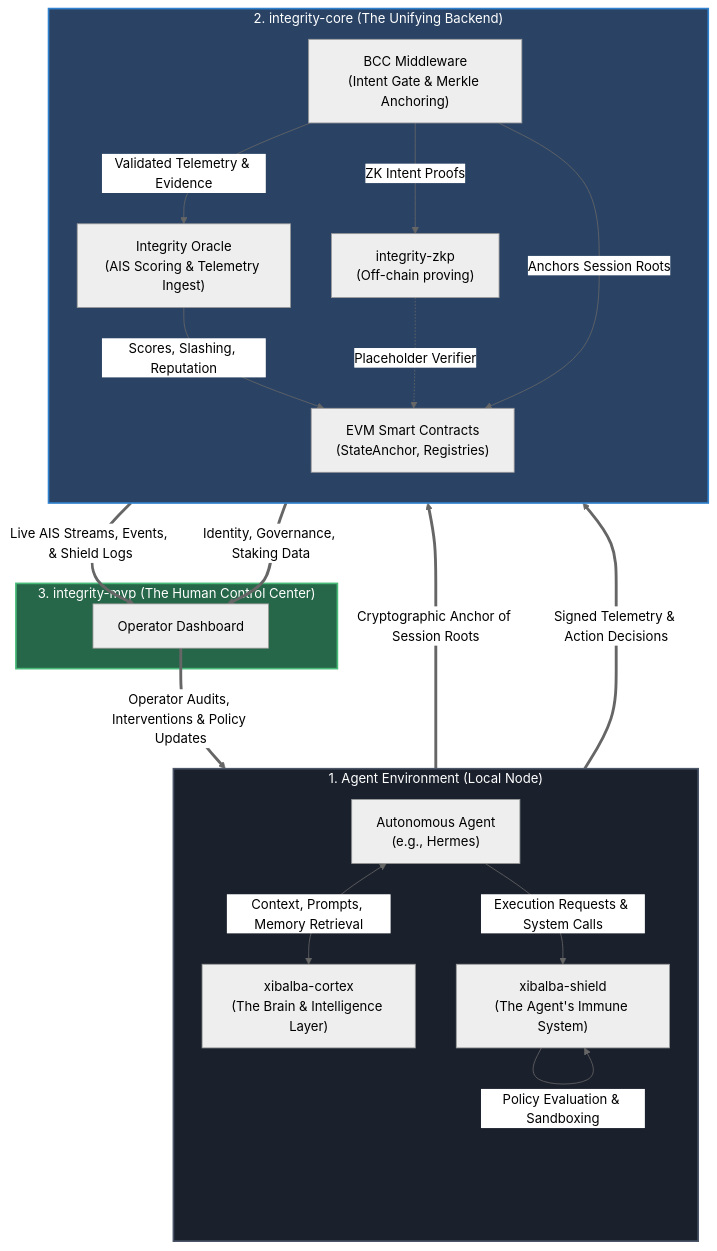
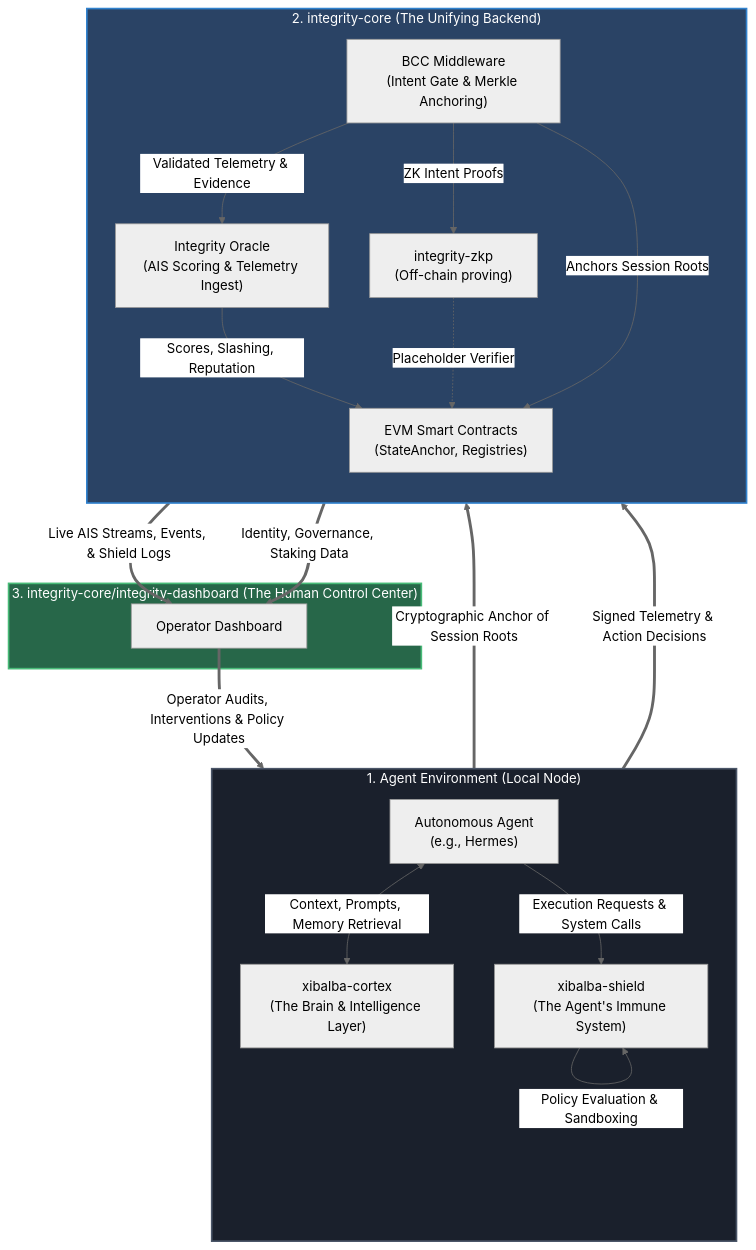
The first of 2 diagrams in SPECIFICATION.md (XibalbaTechSol/integrity-core), drawn with Mermaid (neutral theme) before and after one commit. The commit also changed other lines of this file and 14 other files, not shown here.

First line of the commit message:
Correct ecosystem docs: 3 repos, not 4 (integrity-mvp superseded by integrity-dashboard/)

````diff
--- a/SPECIFICATION.md
+++ b/SPECIFICATION.md
@@ -35,47 +37,47 @@
 ```mermaid
 flowchart TD
     subgraph AgentEnvironment["1. Agent Environment (Local Node)"]
         direction TB
         Agent["Autonomous Agent<br/>(e.g., Hermes)"]
         Memory["xibalba-cortex<br/>(The Brain & Intelligence Layer)"]
         Shield["xibalba-shield<br/>(The Agent's Immune System)"]
 
         Agent <-->|Context, Prompts, Memory Retrieval| Memory
         Agent -->|Execution Requests & System Calls| Shield
         Shield -->|Policy Evaluation & Sandboxing| Shield
     end
 
     subgraph ProtocolLayer["2. integrity-core (The Unifying Backend)"]
         direction TB
         BCC["BCC Middleware<br/>(Intent Gate & Merkle Anchoring)"]
         Oracle["Integrity Oracle<br/>(AIS Scoring & Telemetry Ingest)"]
         Chain["EVM Smart Contracts<br/>(StateAnchor, Registries)"]
         ZK["integrity-zkp<br/>(Off-chain proving)"]
 
         BCC -->|Validated Telemetry & Evidence| Oracle
         Oracle -->|Scores, Slashing, Reputation| Chain
         BCC -->|ZK Intent Proofs| ZK
         ZK -.->|Placeholder Verifier| Chain
         BCC -->|Anchors Session Roots| Chain
     end
 
-    subgraph PresentationLayer["3. integrity-mvp (The Human Control Center)"]
+    subgraph PresentationLayer["3. integrity-core/integrity-dashboard (The Human Control Center)"]
         MVP["Operator Dashboard"]
     end
 
     %% The Closed Loop Connections
     Memory ==>|Cryptographic Anchor of Session Roots| BCC
     Shield ==>|Signed Telemetry & Action Decisions| BCC
 
     Oracle ==>|Live AIS Streams, Events, & Shield Logs| MVP
     Chain ==>|Identity, Governance, Staking Data| MVP
     MVP ==>|Operator Audits, Interventions & Policy Updates| Agent
 
     classDef env fill:#1a202c,stroke:#4a5568,stroke-width:2px,color:#fff
     classDef core fill:#2a4365,stroke:#3182ce,stroke-width:2px,color:#fff
     classDef ui fill:#276749,stroke:#48bb78,stroke-width:2px,color:#fff
 
     class AgentEnvironment env
     class ProtocolLayer core
     class PresentationLayer ui
 ```
````
